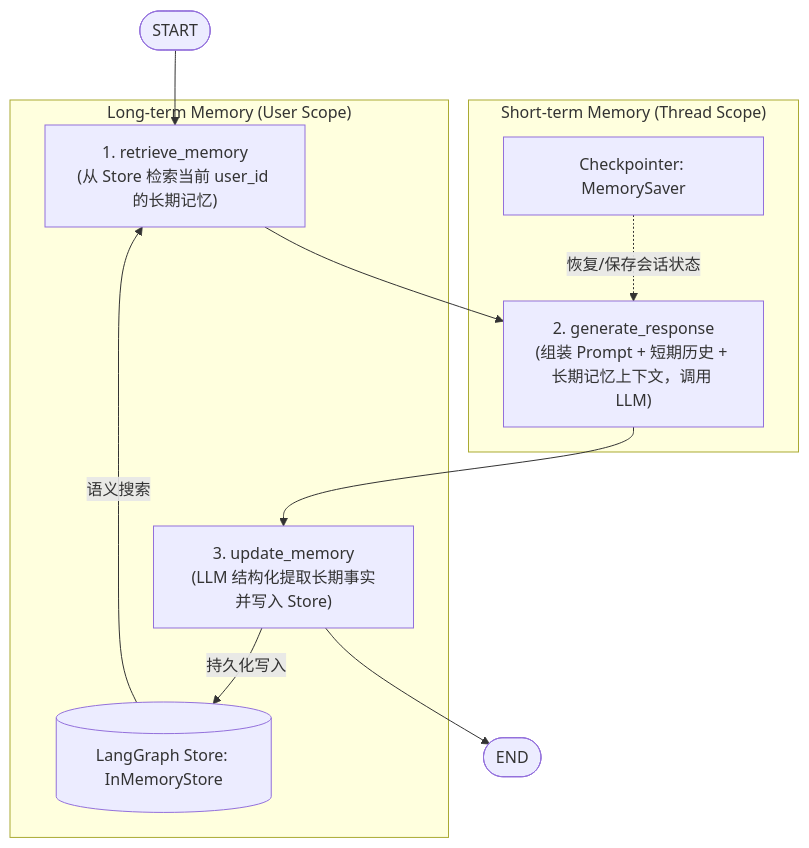
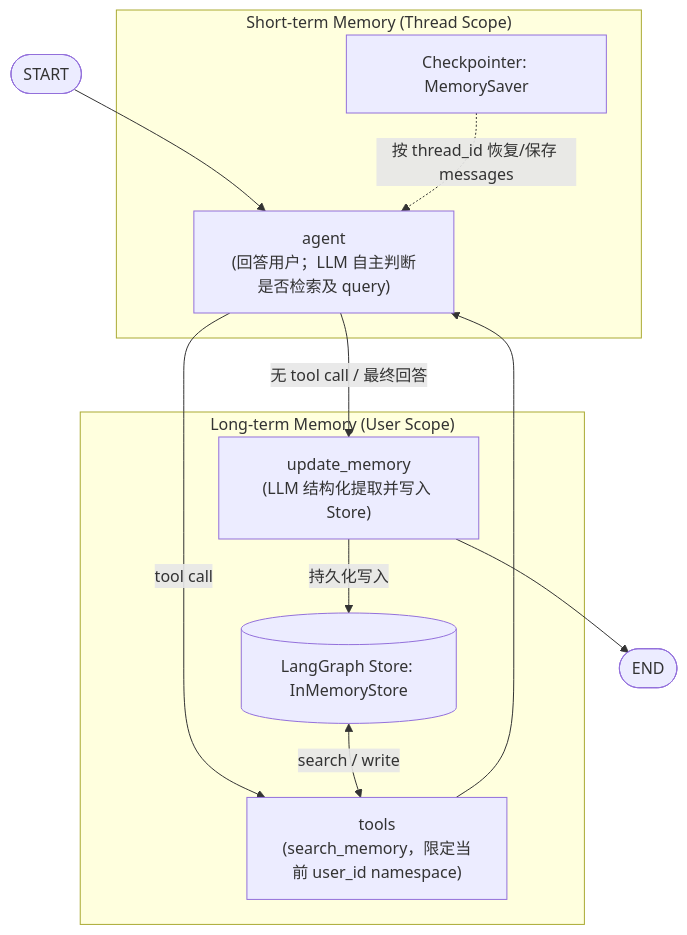
Before and after one commit to softarts/enterpriseAI-knowledge: the diagram in langchain_memory/README.md, drawn with Mermaid. The commit also changed other lines of this file and 11 other files, not shown here.

````diff
--- a/langchain_memory/README.md
+++ b/langchain_memory/README.md
@@ -99,16 +100,17 @@
 ```mermaid
 flowchart TD
-    Start([START]) --> RetrieveNode["1. retrieve_memory<br/>(从 Store 检索当前 user_id 的长期记忆)"]
-    RetrieveNode --> GenNode["2. generate_response<br/>(组装 Prompt + 短期历史 + 长期记忆上下文，调用 LLM)"]
-    GenNode --> UpdateNode["3. update_memory<br/>(LLM 结构化提取长期事实并写入 Store)"]
+    Start([START]) --> Agent["agent<br/>(回答用户；LLM 自主判断是否检索及 query)"]
+    Agent -->|tool call| Tools["tools<br/>(search_memory，限定当前 user_id namespace)"]
+    Tools --> Agent
+    Agent -->|无 tool call / 最终回答| UpdateNode["update_memory<br/>(LLM 结构化提取并写入 Store)"]
     UpdateNode --> EndNode([END])
 
     subgraph "Short-term Memory (Thread Scope)"
-        CP[Checkpointer: MemorySaver] -.->|恢复/保存会话状态| GenNode
+      CP[Checkpointer: MemorySaver] -.->|按 thread_id 恢复/保存 messages| Agent
     end
 
     subgraph "Long-term Memory (User Scope)"
-        Store[(LangGraph Store: InMemoryStore)] -->|语义搜索| RetrieveNode
+      Store[(LangGraph Store: InMemoryStore)] <-->|search / write| Tools
         UpdateNode -->|持久化写入| Store
     end
 ```
````
